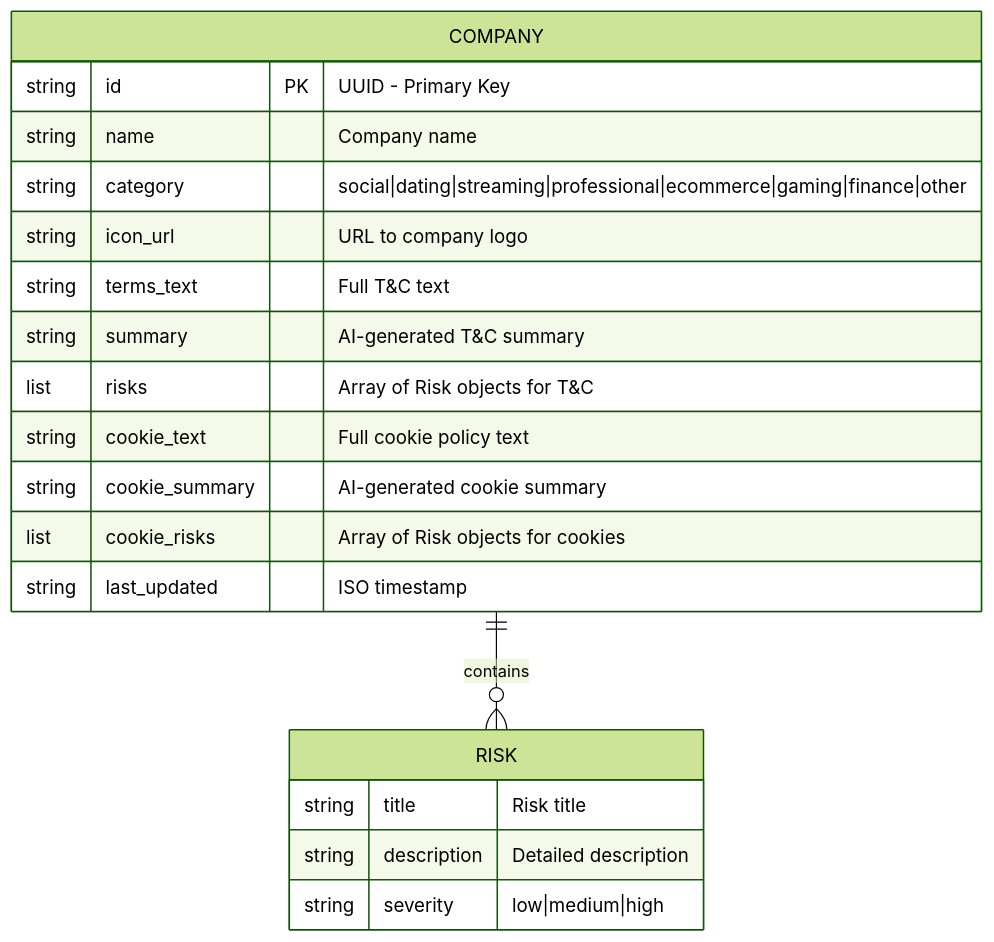
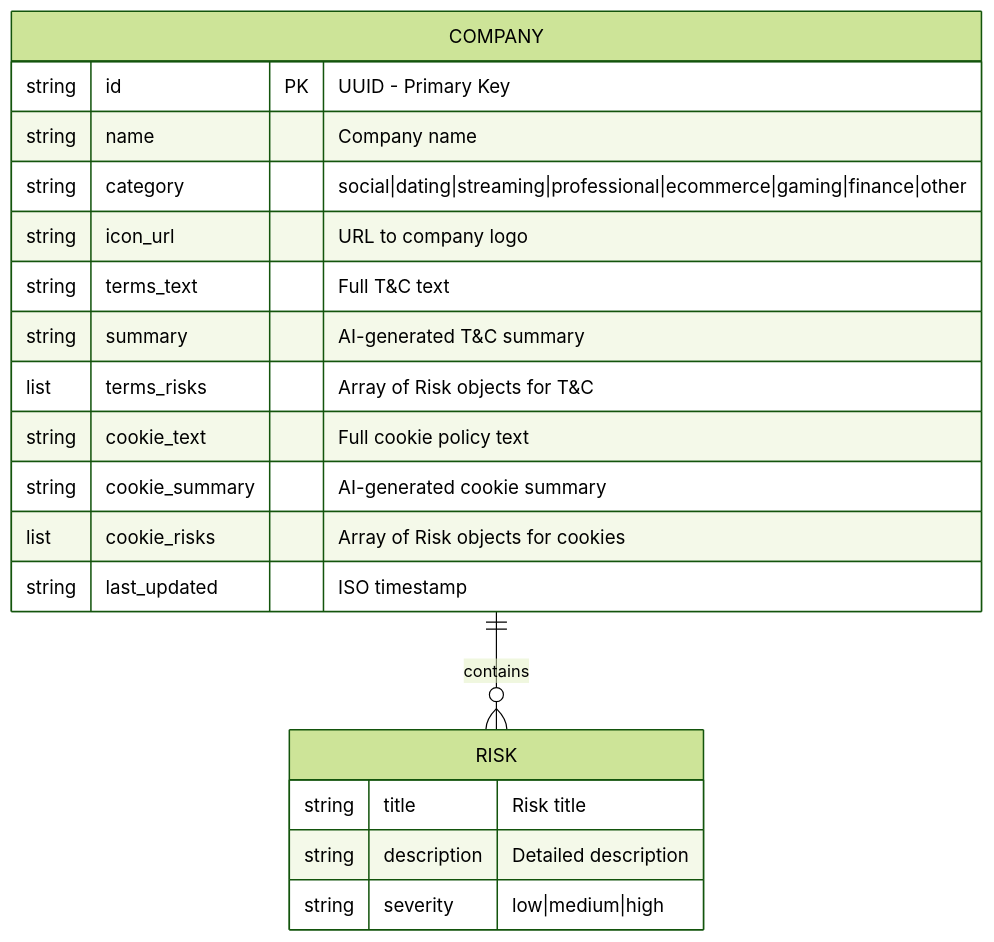
Before and after one commit to AlmazErmilov/aws-hack-prototype-terms-and-conditions-ass: the second of 7 diagrams in docs/DATABASE_AND_RAG.md, drawn with Mermaid (forest theme). The commit also changed other lines of this file and 5 other files, not shown here.

First line of the commit message:
Rename risks field to terms_risks for consistency

````diff
--- a/docs/DATABASE_AND_RAG.md
+++ b/docs/DATABASE_AND_RAG.md
@@ -76,24 +76,24 @@
 ```mermaid
 erDiagram
     COMPANY {
         string id PK "UUID - Primary Key"
         string name "Company name"
         string category "social|dating|streaming|professional|ecommerce|gaming|finance|other"
         string icon_url "URL to company logo"
         string terms_text "Full T&C text"
         string summary "AI-generated T&C summary"
-        list risks "Array of Risk objects for T&C"
+        list terms_risks "Array of Risk objects for T&C"
         string cookie_text "Full cookie policy text"
         string cookie_summary "AI-generated cookie summary"
         list cookie_risks "Array of Risk objects for cookies"
         string last_updated "ISO timestamp"
     }
 
     RISK {
         string title "Risk title"
         string description "Detailed description"
         string severity "low|medium|high"
     }
 
     COMPANY ||--o{ RISK : contains
 ```
````
